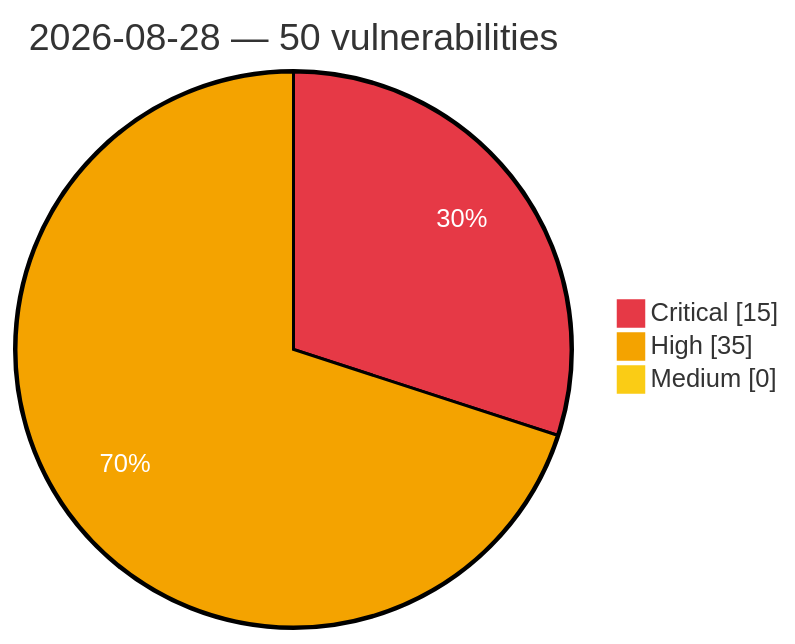
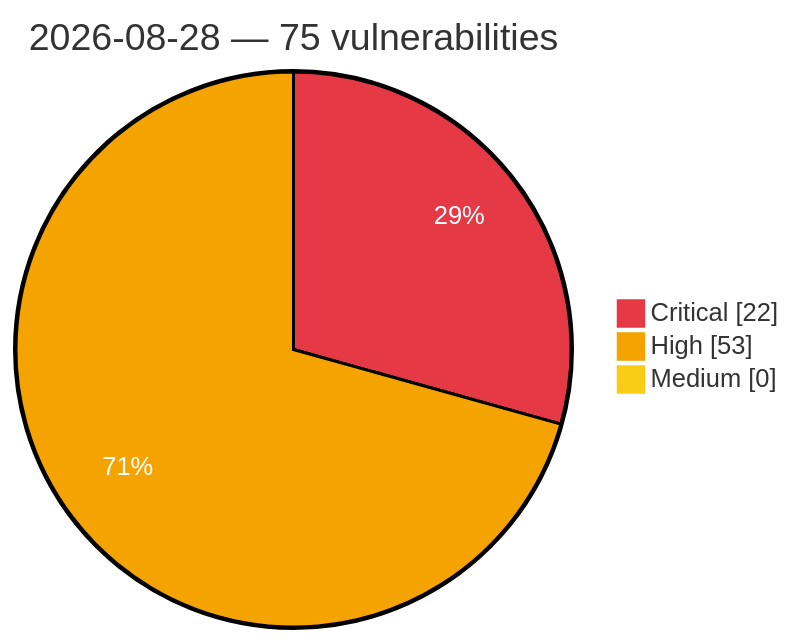
One commit to GhostX0X/vuln-tracker changed the diagram in vulnerabilities/2026/August/2026-08-28.md. Above: the diagram before and after it, drawn with Mermaid. The commit also changed other lines of this file and 5 other files, not shown here.

Commit message:
Auto update: critical/high vulns (2026-08-29 02:14 UTC)

````diff
--- a/vulnerabilities/2026/August/2026-08-28.md
+++ b/vulnerabilities/2026/August/2026-08-28.md
@@ -3,8 +3,8 @@
 ```mermaid
 %%{init: {'theme':'base', 'themeVariables': {'pie1':'#e63946', 'pie2':'#f4a300', 'pie3':'#facc15', 'pieOpacity':'1', 'pieOuterStrokeWidth':'2px', 'pieSectionTextColor':'#ffffff'}}}%%
 pie showData
-    title 2026-08-28 — 50 vulnerabilities
-    "Critical" : 15
-    "High" : 35
+    title 2026-08-28 — 75 vulnerabilities
+    "Critical" : 22
+    "High" : 53
     "Medium" : 0
 ```
````
